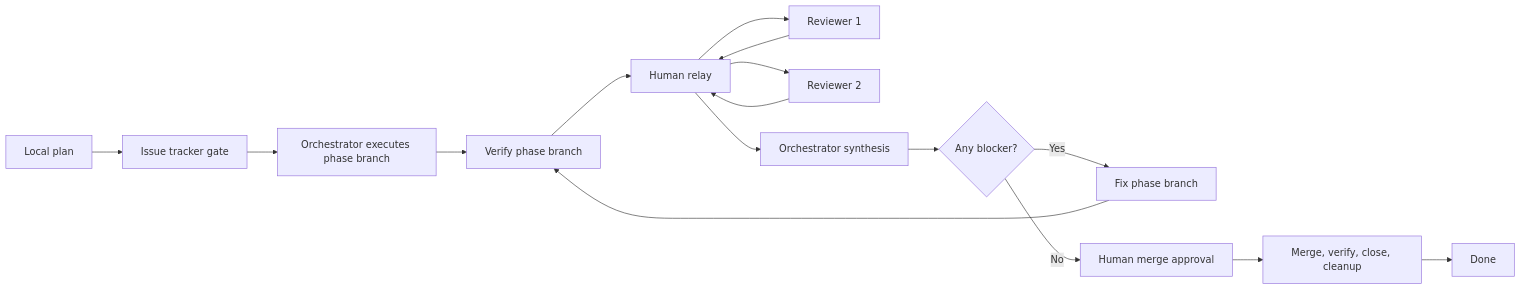
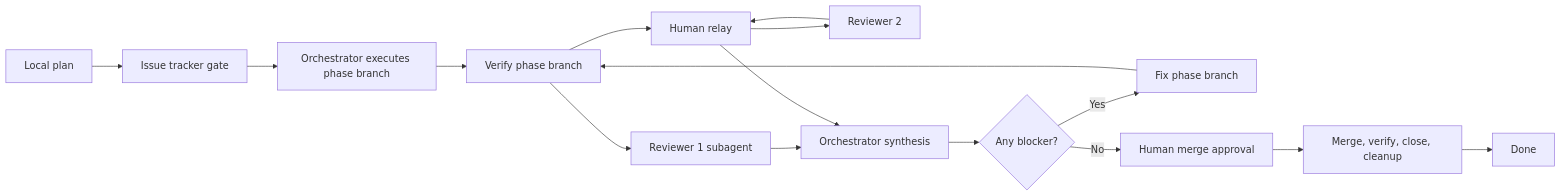
The diagram in README.md (nickzren/four-eyes), drawn with Mermaid before and after one commit. The commit also changed other lines of this file and 7 other files, not shown here.

Commit message:
docs(workflow): Add reusable named reviewer1 subagent handoff

````diff
--- a/README.md
+++ b/README.md
@@ -37,18 +38,18 @@
 ```mermaid
 flowchart LR
     Plan["Local plan"] --> Issue["Issue tracker gate"]
     Issue --> Work["Orchestrator executes phase branch"]
     Work --> Verify["Verify phase branch"]
+    Verify --> R1["Reviewer 1 subagent"]
     Verify --> Relay["Human relay"]
-    Relay --> R1["Reviewer 1"]
     Relay --> R2["Reviewer 2"]
-    R1 --> Relay
+    R1 --> Synth
     R2 --> Relay
     Relay --> Synth["Orchestrator synthesis"]
     Synth --> Decision{"Any blocker?"}
     Decision -->|Yes| Fix["Fix phase branch"]
     Fix --> Verify
     Decision -->|No| Approve["Human merge approval"]
     Approve --> Merge["Merge, verify, close, cleanup"]
     Merge --> Done["Done"]
 ```
````
